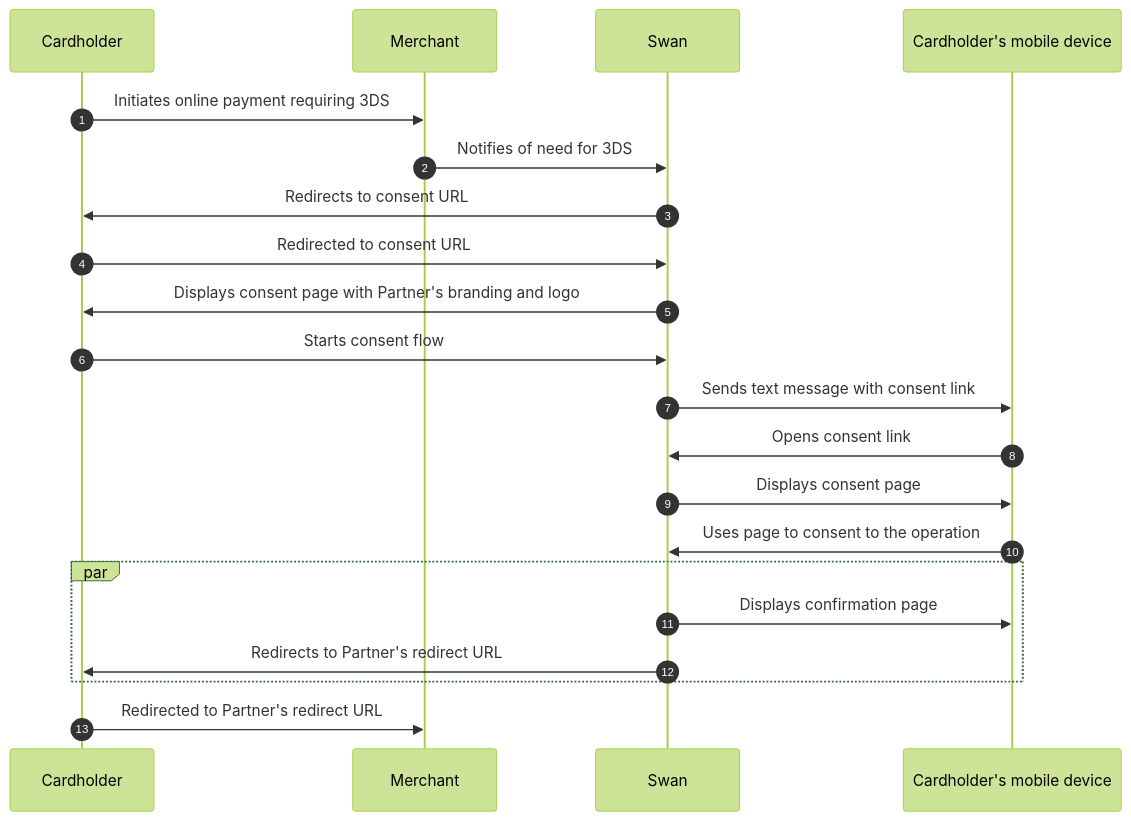
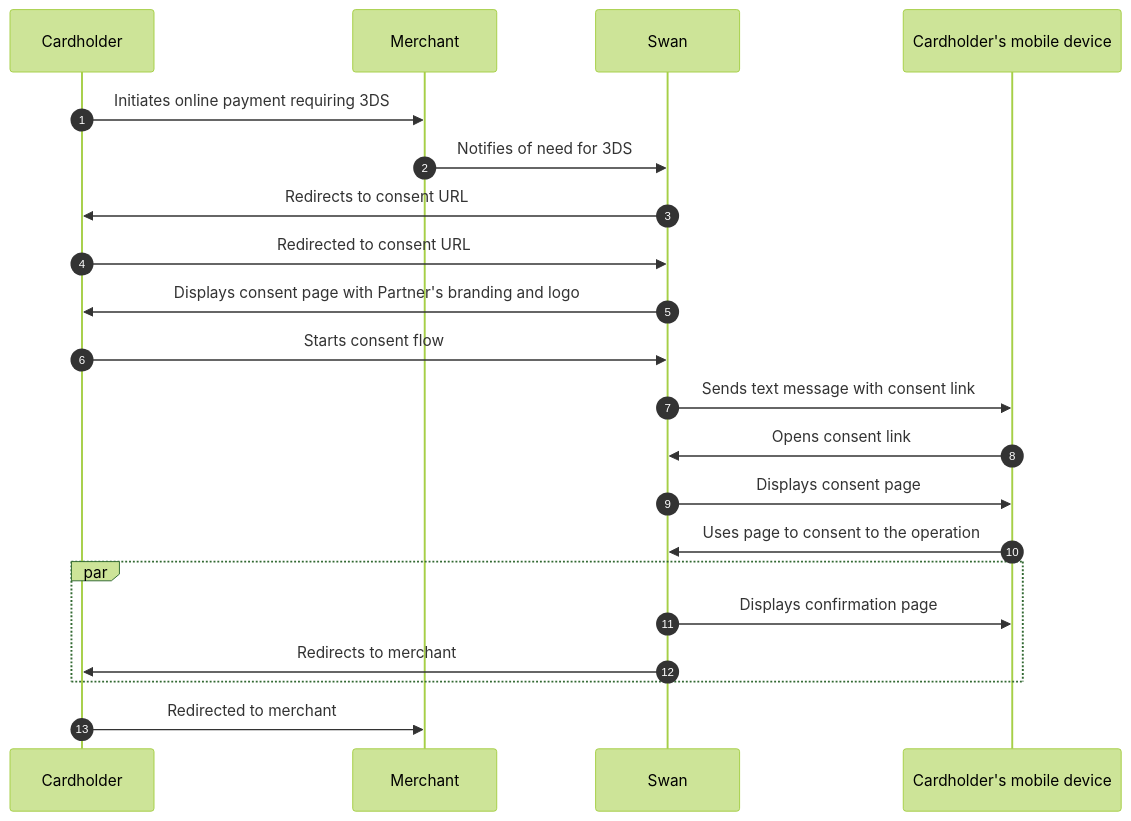
The second of 2 diagrams in docs/topics/payments/cards/index.mdx (swan-io/docs), drawn with Mermaid (forest theme) before and after one commit. The commit also changed other lines of this file and 38 other files, not shown here.

````diff
--- a/docs/topics/payments/cards/index.mdx
+++ b/docs/topics/payments/cards/index.mdx
@@ -424,23 +330,23 @@
 ```mermaid
 sequenceDiagram
 autonumber
 participant CH as Cardholder
 participant M as Merchant
 participant S as Swan
 participant CM as Cardholder's mobile device
     CH->> M: Initiates online payment requiring 3DS
     M ->> S: Notifies of need for 3DS
     S ->> CH: Redirects to consent URL
     CH->> S: Redirected to consent URL
     S ->> CH: Displays consent page with Partner's branding and logo
     CH->> S: Starts consent flow
     S ->> CM: Sends text message with consent link
     CM ->> S: Opens consent link
     S ->> CM: Displays consent page
     CM ->> S: Uses page to consent to the operation
     par
         S ->> CM: Displays confirmation page
-        S ->> CH: Redirects to Partner's redirect URL
+        S ->> CH: Redirects to merchant
     end
-    CH->> M: Redirected to Partner's redirect URL
+    CH->> M: Redirected to merchant
 ```
````
